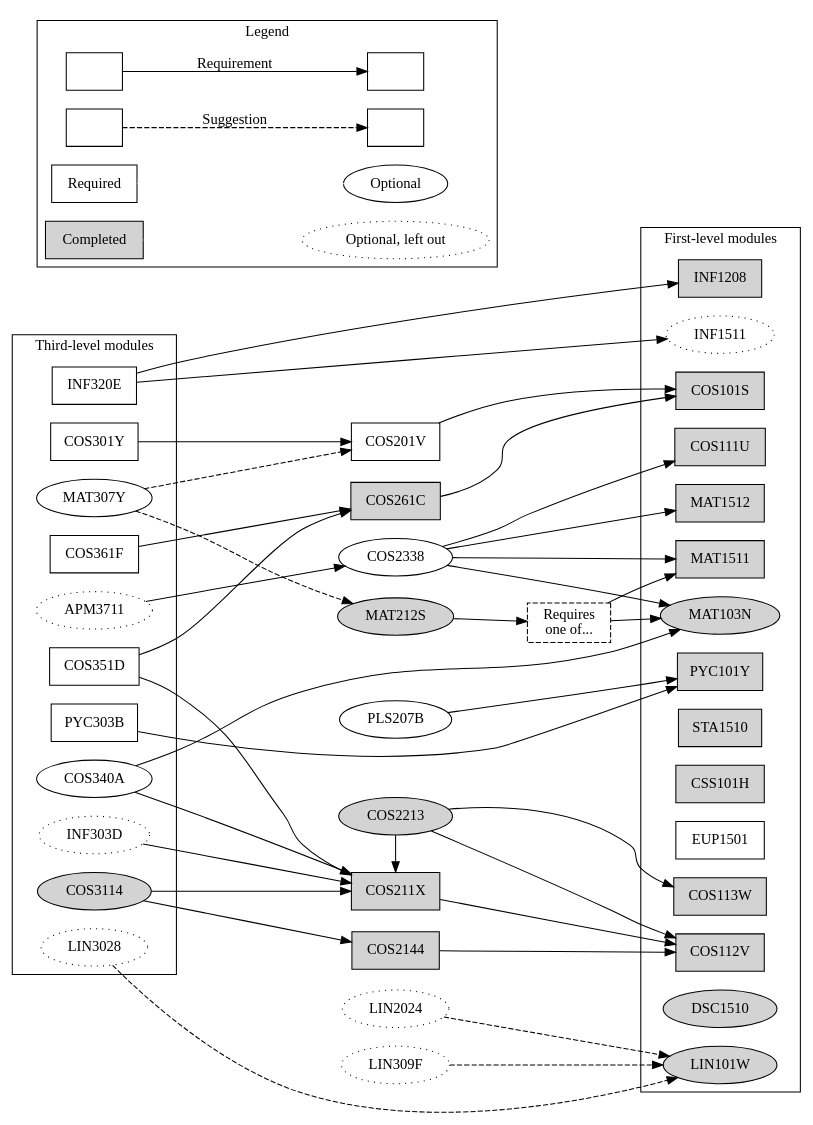
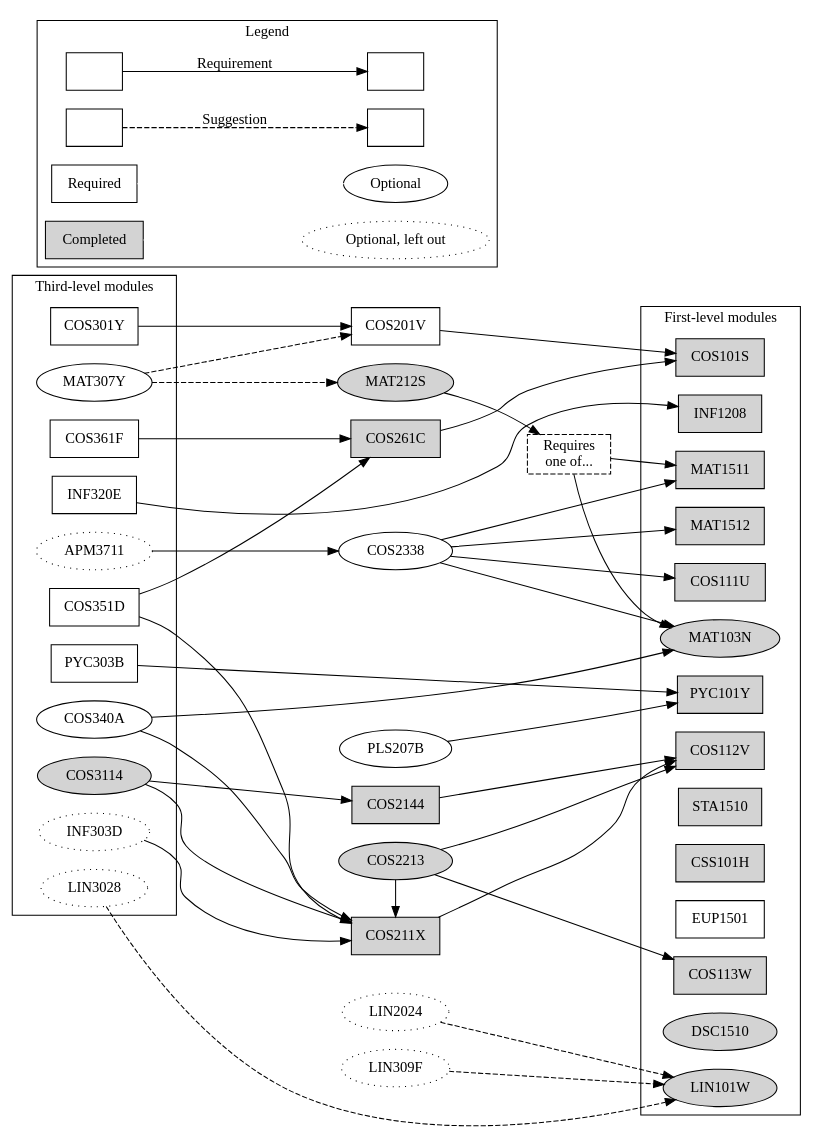
The diagram in ComputationalIntelligence.dot (apauley/unisa-module-graph), drawn with Graphviz before and after one commit. The commit also changed 1 other file, not shown here.

Commit message:
Removed INF1511

```diff
--- a/ComputationalIntelligence.dot
+++ b/ComputationalIntelligence.dot
@@ -1,96 +1,95 @@
 digraph ComputationalIntelligence {
     node [shape=box];
     rankdir=LR;
 
     subgraph cluster3 {
         label = "Third-level modules";
 
         {rank=same;
         COS301Y INF320E COS351D COS361F PYC303B}
 
         {rank=same; node [shape=ellipse];
         COS3114 [style=filled]
         MAT307Y COS340A
         APM3711 [style=dotted]
         INF303D [style=dotted]
         LIN3028 [style=dotted]}
     }
 
     {rank=same;
     COS201V
     {node [style=filled]; COS211X COS261C COS2144}}
 
     {rank=same; node [shape=ellipse];
     COS2338 PLS207B
     MAT212S [style=filled]
     COS2213 [style=filled]
     LIN309F [style=dotted]
     LIN2024 [style=dotted]}
 
     MAT103OR151 [label="Requires\none of...", style=dashed];
 
     subgraph cluster1 {
         label = "First-level modules";
 
         {rank=same;
         {node [style=filled];
               COS101S COS112V COS113W INF1208 MAT1511 MAT1512
               PYC101Y COS111U STA1510 CSS101H}
         EUP1501}
 
         {rank=same; node [shape=ellipse];
-            INF1511 [style=dotted]
             {node [style=filled];
                 MAT103N DSC1510 LIN101W}}
     }
 
 
     subgraph cluster0 {
         rankdir=LR;
         label = "Legend";
 
         Module1 [label=""];
         Module2 [label=""];
         Module3 [label=""];
         Module4 [label=""];
         Module2 -> Module1 [label="Requirement"]
         Module4 -> Module3 [label="Suggestion", style=dashed]
 
         Required;
         Completed [style=filled];
         Optional [shape=ellipse];
         Skipped [label="Optional, left out",shape=ellipse,style=dotted];
         Required -> Optional [color=white];
         Completed -> Skipped [color=white];
     }
 
 
     COS301Y -> {COS201V}
-    INF320E -> {INF1208 INF1511}
+    INF320E -> {INF1208}
     COS351D -> {COS211X COS261C}
     COS361F -> {COS261C}
     PYC303B -> {PYC101Y}
 
     COS3114 -> {COS211X COS2144}
     APM3711 -> {COS2338}
     MAT307Y -> {MAT212S COS201V} [style=dashed]
     INF303D -> {COS211X}
     LIN3028 -> {LIN101W} [style=dashed]
     COS340A -> {COS211X MAT103N}
 
 
     COS201V -> {COS101S}
     COS211X -> {COS112V}
     COS261C -> {COS101S}
     COS2144 -> {COS112V}
 
     {rank=same; COS2213 COS211X}
     COS2213 -> {COS112V COS113W}
     COS2213 -> {COS211X}
     COS2338 -> {COS111U MAT103N MAT1511 MAT1512}
     MAT212S -> {MAT103OR151}
     MAT103OR151 -> {MAT103N MAT1511}
     LIN309F -> {LIN101W} [style=dashed]
     LIN2024 -> {LIN101W} [style=dashed]
     PLS207B -> {PYC101Y}
 }
```
